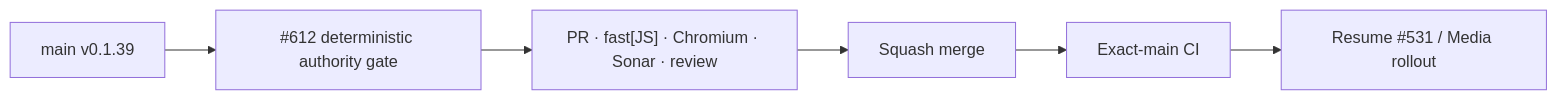
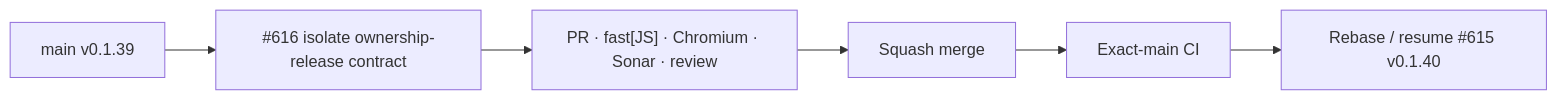
One commit to pl0n3r/brvtal changed the diagram in README.md. Above: the diagram before and after it, drawn with Mermaid. The commit also changed other lines of this file and 1 other file, not shown here.

First line of the commit message:
test(ci): isolate Dashboard V2 ownership-release contract (#617)

````diff
--- a/README.md
+++ b/README.md
@@ -52,8 +51,8 @@
 ```mermaid
 flowchart LR
- B["main v0.1.39"] --> T["#612 deterministic authority gate"]
+ B["main v0.1.39"] --> T["#616 isolate ownership-release contract"]
  T --> P["PR · fast[JS] · Chromium · Sonar · review"]
  P --> M["Squash merge"]
  M --> X["Exact-main CI"]
- X --> N["Resume #531 / Media rollout"]
+ X --> R["Rebase / resume #615 v0.1.40"]
 ```
````
